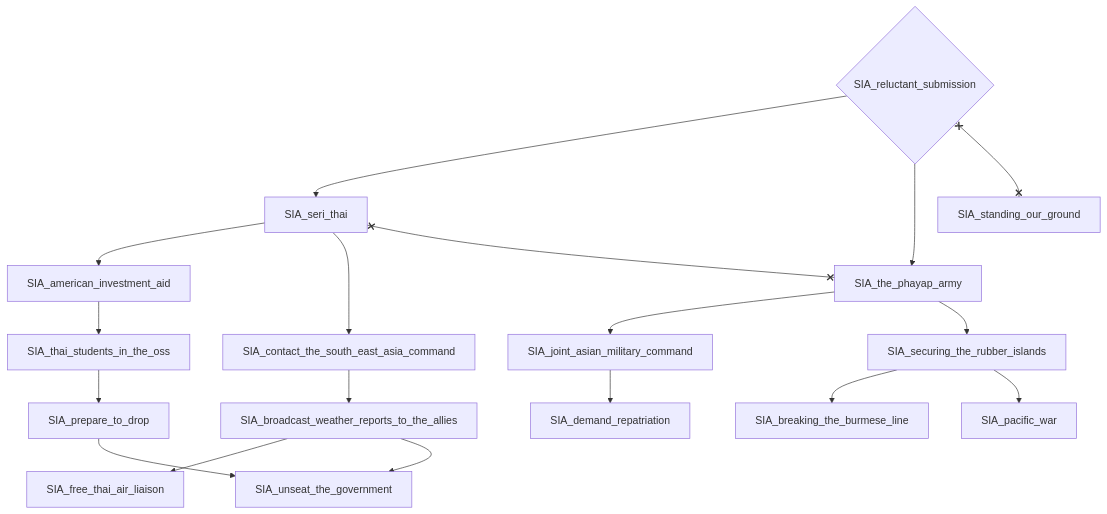
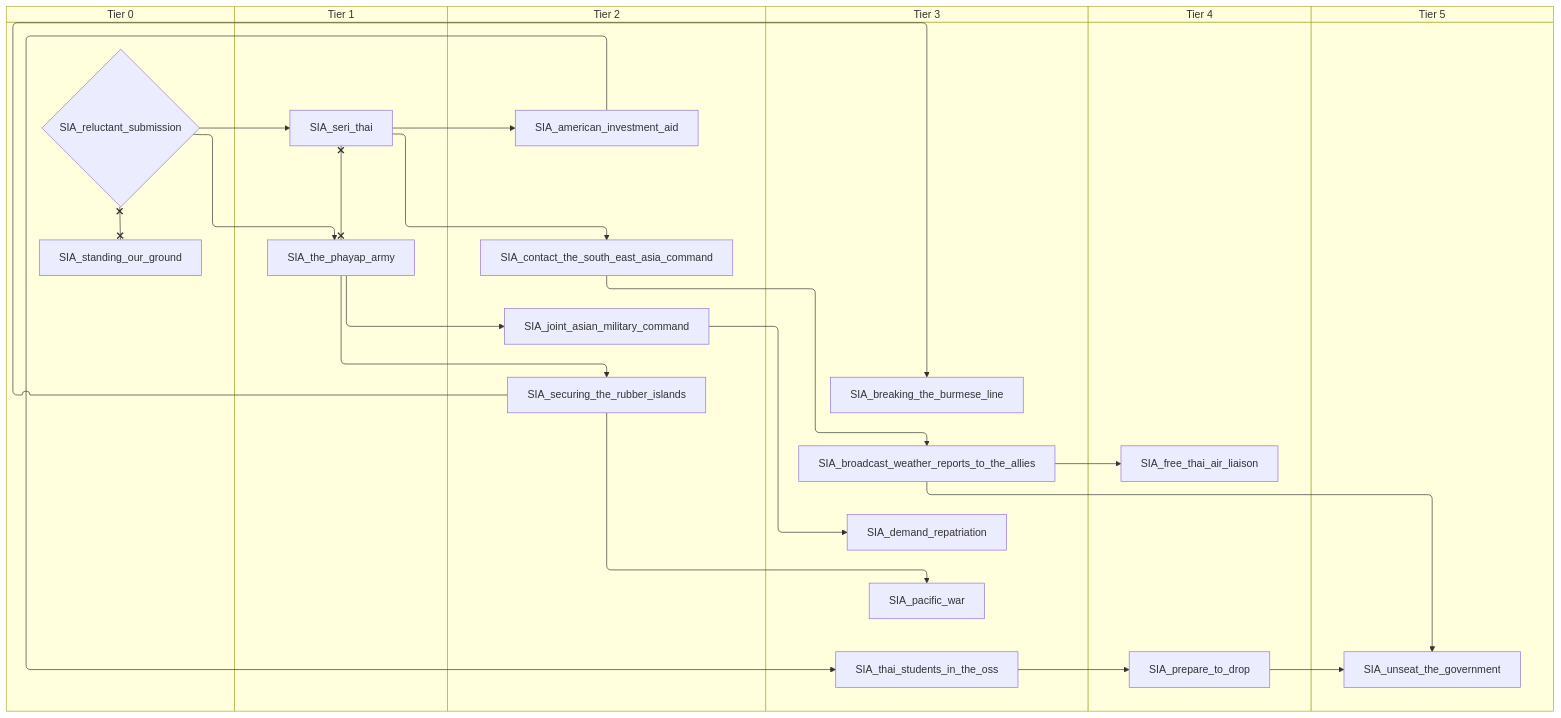
One commit to evgeny-sobol/hoi4-sandbox-mode changed the second of 6 diagrams in docs/gdd/National Focuses/siam.md. Above: the diagram before and after it, drawn with Mermaid. The commit also changed other lines of this file and 80 other files, not shown here.

First line of the commit message:
Add swimlane mode to focus graph exporter

````diff
--- a/docs/gdd/National Focuses/siam.md
+++ b/docs/gdd/National Focuses/siam.md
@@ -115,36 +137,48 @@
 ```mermaid
-flowchart TD
-    n45["SIA_american_investment_aid"]
-    n46["SIA_breaking_the_burmese_line"]
-    n47["SIA_broadcast_weather_reports_to_the_allies"]
-    n48["SIA_contact_the_south_east_asia_command"]
-    n49["SIA_demand_repatriation"]
-    n50["SIA_free_thai_air_liaison"]
-    n51["SIA_joint_asian_military_command"]
-    n52["SIA_pacific_war"]
-    n53["SIA_prepare_to_drop"]
-    n54{"SIA_reluctant_submission"}
-    n55["SIA_securing_the_rubber_islands"]
-    n56["SIA_seri_thai"]
-    n57["SIA_standing_our_ground"]
-    n58["SIA_thai_students_in_the_oss"]
-    n59["SIA_the_phayap_army"]
-    n60["SIA_unseat_the_government"]
-    n56 --> n45
-    n55 --> n46
-    n48 --> n47
-    n56 --> n48
-    n51 --> n49
+swimlane-beta TD
+    subgraph tier_0["Tier 0"]
+        n45{"SIA_reluctant_submission"}
+        n46["SIA_standing_our_ground"]
+    end
+    subgraph tier_1["Tier 1"]
+        n47["SIA_seri_thai"]
+        n48["SIA_the_phayap_army"]
+    end
+    subgraph tier_2["Tier 2"]
+        n49["SIA_american_investment_aid"]
+        n50["SIA_contact_the_south_east_asia_command"]
+        n51["SIA_joint_asian_military_command"]
+        n52["SIA_securing_the_rubber_islands"]
+    end
+    subgraph tier_3["Tier 3"]
+        n53["SIA_breaking_the_burmese_line"]
+        n54["SIA_broadcast_weather_reports_to_the_allies"]
+        n55["SIA_demand_repatriation"]
+        n56["SIA_pacific_war"]
+        n57["SIA_thai_students_in_the_oss"]
+    end
+    subgraph tier_4["Tier 4"]
+        n58["SIA_free_thai_air_liaison"]
+        n59["SIA_prepare_to_drop"]
+    end
+    subgraph tier_5["Tier 5"]
+        n60["SIA_unseat_the_government"]
+    end
+    n47 --> n49
+    n52 --> n53
+    n50 --> n54
     n47 --> n50
-    n59 --> n51
-    n55 --> n52
-    n58 --> n53
-    n59 --> n55
-    n54 --> n56
-    n45 --> n58
-    n54 --> n59
-    n53 --> n60
-    n47 --> n60
-    n54 x--x n57
-    n56 x--x n59
+    n51 --> n55
+    n54 --> n58
+    n48 --> n51
+    n52 --> n56
+    n57 --> n59
+    n48 --> n52
+    n45 --> n47
+    n49 --> n57
+    n45 --> n48
+    n59 --> n60
+    n54 --> n60
+    n45 x--x n46
+    n47 x--x n48
 ```
````
